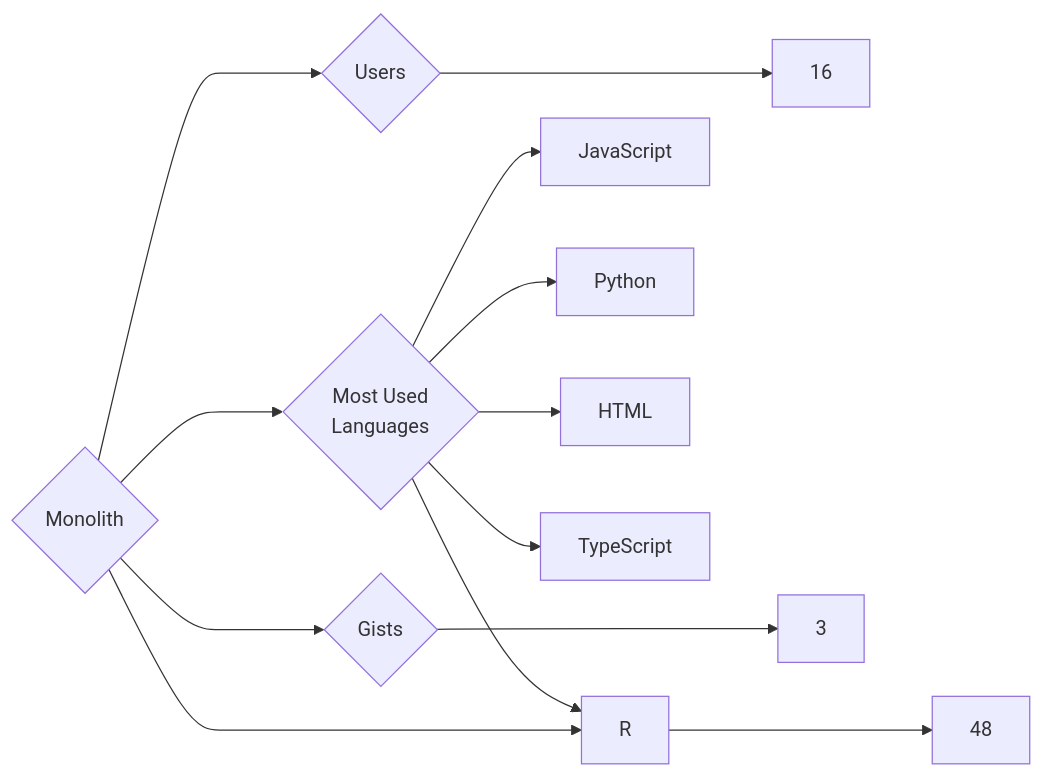
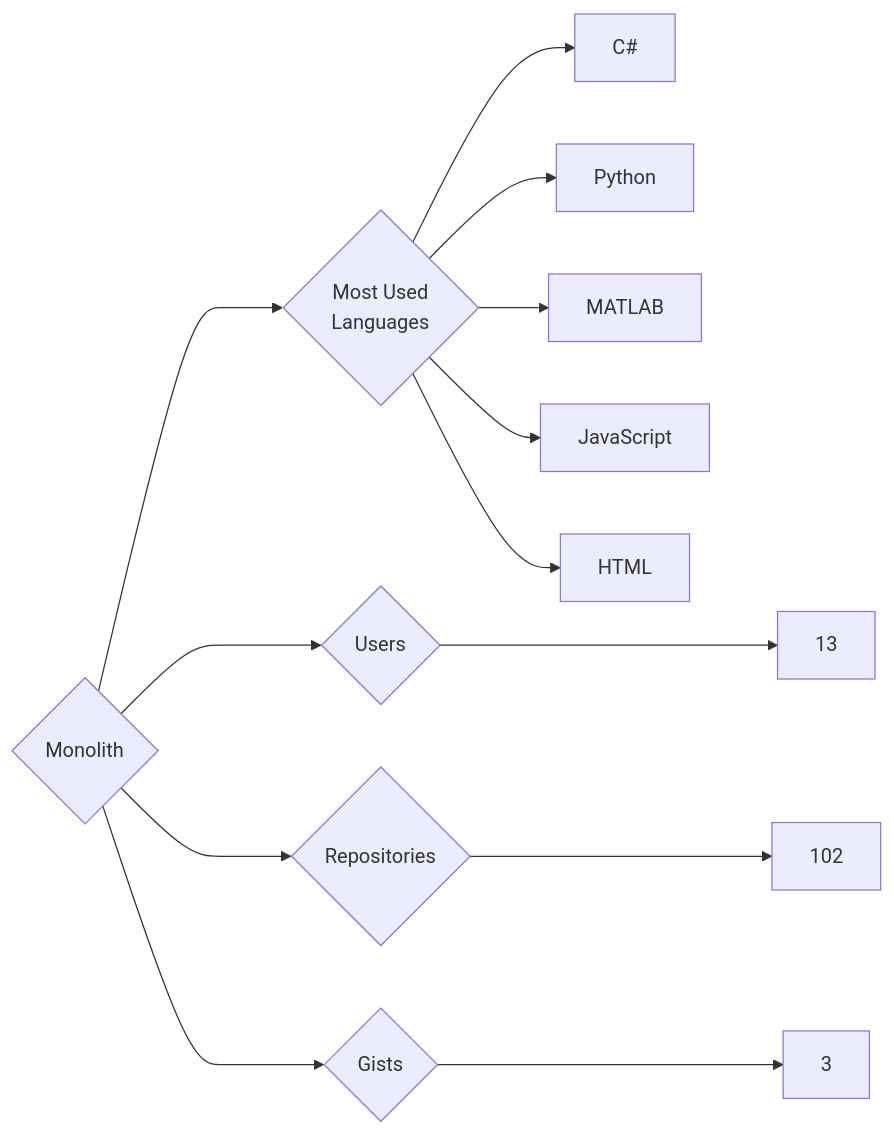
The diagram in targets/Monolith/README.md (trickest/insiders), drawn with Mermaid before and after one commit. The commit also changed 799 other files, not shown here.

````diff
--- a/targets/Monolith/README.md
+++ b/targets/Monolith/README.md
@@ -3,13 +3,13 @@
 ```mermaid
 graph LR
 COMPANY_NAME{Monolith}
-COMPANY_NAME ---> U{Users} ---> UN[16]
-COMPANY_NAME ---> R{Repositories} ---> RN[48]
+COMPANY_NAME ---> U{Users} ---> UN[13]
+COMPANY_NAME ---> R{Repositories} ---> RN[102]
 COMPANY_NAME ---> G{Gists} ---> GN[3]
 COMPANY_NAME ---> ML{Most Used<br>Languages}
+ML --> C#[C#]
+ML --> Python[Python]
+ML --> MATLAB[MATLAB]
 ML --> JavaScript[JavaScript]
-ML --> Python[Python]
 ML --> HTML[HTML]
-ML --> TypeScript[TypeScript]
-ML --> R[R]
 ```
````
